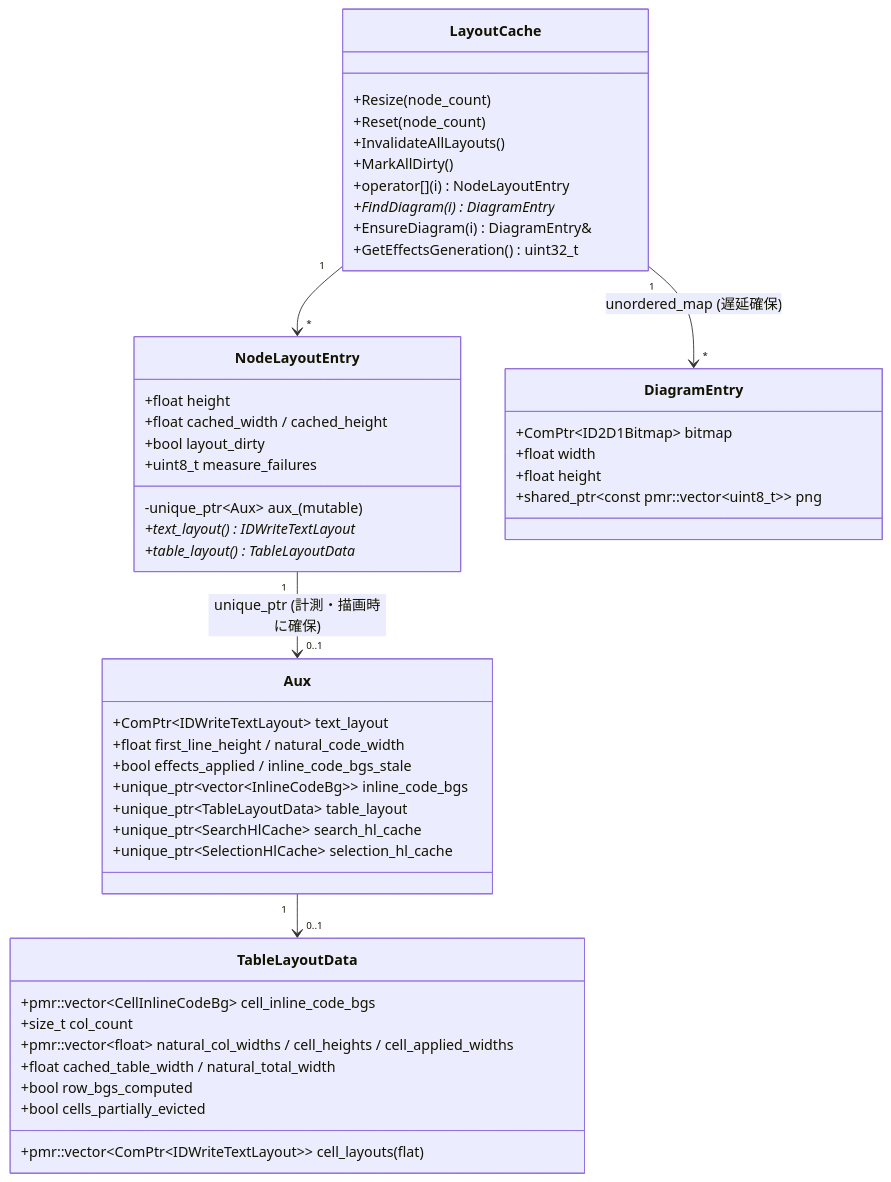
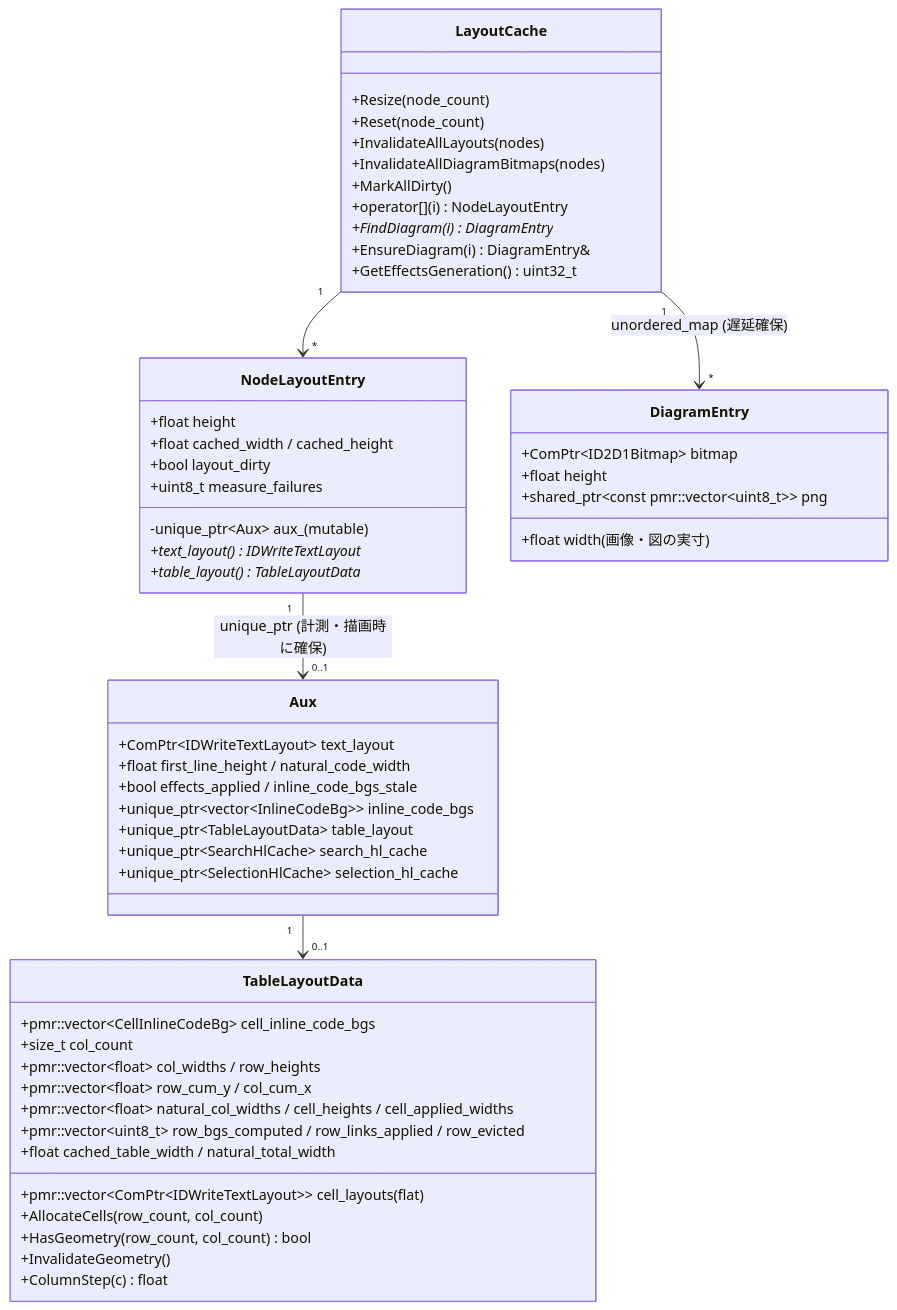
Before and after one commit to tanaton/mendo: diagram 16 of 27 in example/test.md, drawn with Mermaid. The commit also changed other lines of this file and 134 other files, not shown here.

````diff
--- a/example/test.md
+++ b/example/test.md
@@ -2744,55 +2782,61 @@
 ```mermaid
 classDiagram
     class LayoutCache {
         +Resize(node_count)
         +Reset(node_count)
-        +InvalidateAllLayouts()
+        +InvalidateAllLayouts(nodes)
+        +InvalidateAllDiagramBitmaps(nodes)
         +MarkAllDirty()
         +operator[](i) NodeLayoutEntry
         +FindDiagram(i) DiagramEntry*
         +EnsureDiagram(i) DiagramEntry&
         +GetEffectsGeneration() uint32_t
     }
 
     class NodeLayoutEntry {
         +float height
         +float cached_width / cached_height
         +bool layout_dirty
         +uint8_t measure_failures
         -unique_ptr~Aux~ aux_ (mutable)
         +text_layout() IDWriteTextLayout*
         +table_layout() TableLayoutData*
     }
 
     class Aux {
         +ComPtr~IDWriteTextLayout~ text_layout
         +float first_line_height / natural_code_width
         +bool effects_applied / inline_code_bgs_stale
         +unique_ptr~vector~InlineCodeBg~~ inline_code_bgs
         +unique_ptr~TableLayoutData~ table_layout
         +unique_ptr~SearchHlCache~ search_hl_cache
         +unique_ptr~SelectionHlCache~ selection_hl_cache
     }
 
     class TableLayoutData {
         +pmr::vector~ComPtr~IDWriteTextLayout~~ cell_layouts (flat)
         +pmr::vector~CellInlineCodeBg~ cell_inline_code_bgs
         +size_t col_count
+        +pmr::vector~float~ col_widths / row_heights
+        +pmr::vector~float~ row_cum_y / col_cum_x
         +pmr::vector~float~ natural_col_widths / cell_heights / cell_applied_widths
+        +pmr::vector~uint8_t~ row_bgs_computed / row_links_applied / row_evicted
         +float cached_table_width / natural_total_width
-        +bool row_bgs_computed
-        +bool cells_partially_evicted
+        +AllocateCells(row_count, col_count)
+        +HasGeometry(row_count, col_count) bool
+        +InvalidateGeometry()
+        +ColumnStep(c) float
     }
 
     class DiagramEntry {
         +ComPtr~ID2D1Bitmap~ bitmap
-        +float width
+        +float width (画像・図の実寸)
         +float height
         +shared_ptr~const pmr::vector~uint8_t~~ png
     }
 
     LayoutCache "1" --> "*" NodeLayoutEntry
     LayoutCache "1" --> "*" DiagramEntry : unordered_map (遅延確保)
     NodeLayoutEntry "1" --> "0..1" Aux : unique_ptr (計測・描画時に確保)
     Aux "1" --> "0..1" TableLayoutData
 ```
````
